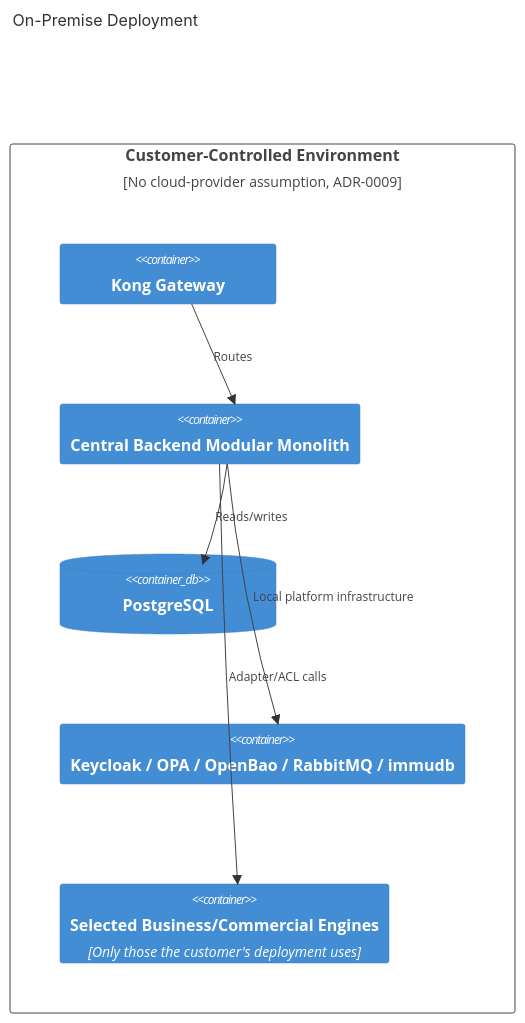
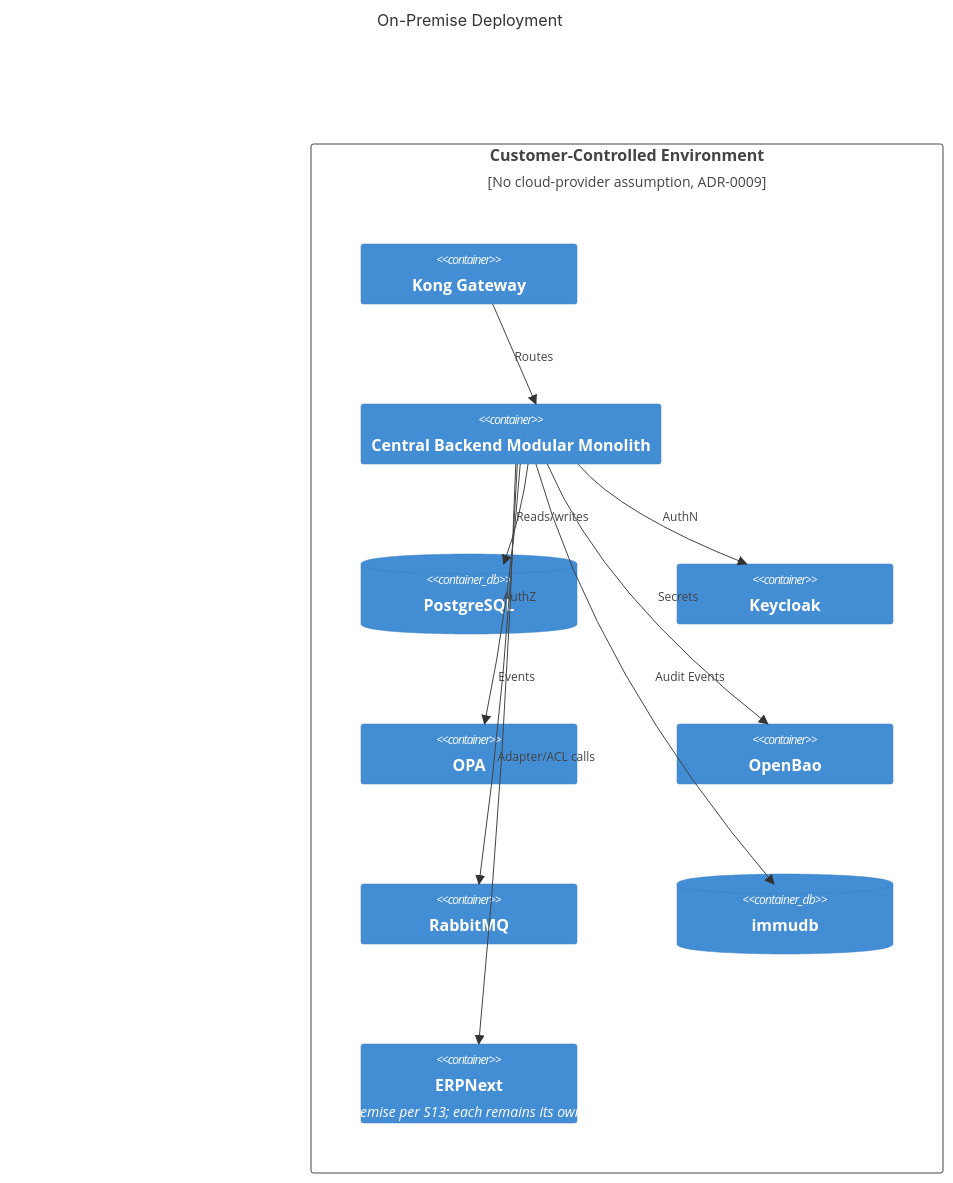
One commit to Darhous/test-m3ml changed the fifth of 8 diagrams in docs/sad/06-deployment-view.md. Above: the diagram before and after it, drawn with Mermaid. The commit also changed other lines of this file, not shown here.

````diff
--- a/docs/sad/06-deployment-view.md
+++ b/docs/sad/06-deployment-view.md
@@ -457,17 +520,25 @@
 ```mermaid
 C4Deployment
     title On-Premise Deployment
 
     Deployment_Node(onprem, "Customer-Controlled Environment", "No cloud-provider assumption, ADR-0009") {
         Container(kongo, "Kong Gateway")
         Container(monoo, "Central Backend Modular Monolith")
         ContainerDb(pgo, "PostgreSQL")
-        Container(infraOnPrem, "Keycloak / OPA / OpenBao / RabbitMQ / immudb")
-        Container(bizo, "Selected Business/Commercial Engines", "Only those the customer's deployment uses")
+        Container(kco, "Keycloak")
+        Container(opao, "OPA")
+        Container(baoo, "OpenBao")
+        Container(mqo, "RabbitMQ")
+        ContainerDb(audito, "immudb")
+        Container(erpo, "ERPNext", "Illustrative - customer selects which Engines to run on-premise per S13; each remains its own separate Container, not exhaustively diagrammed here")
     }
 
     Rel(kongo, monoo, "Routes")
     Rel(monoo, pgo, "Reads/writes")
-    Rel(monoo, infraOnPrem, "Local platform infrastructure")
-    Rel(monoo, bizo, "Adapter/ACL calls")
+    Rel(monoo, kco, "AuthN")
+    Rel(monoo, opao, "AuthZ")
+    Rel(monoo, baoo, "Secrets")
+    Rel(monoo, mqo, "Events")
+    Rel(monoo, audito, "Audit Events")
+    Rel(monoo, erpo, "Adapter/ACL calls")
 ```
````
